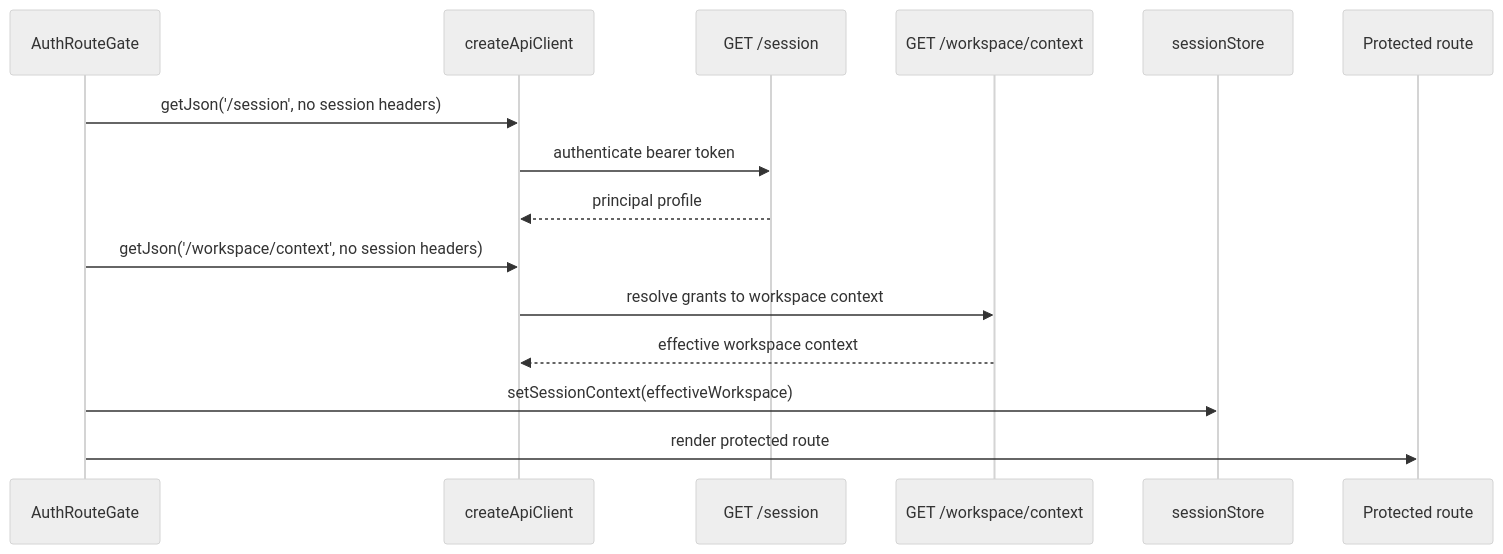
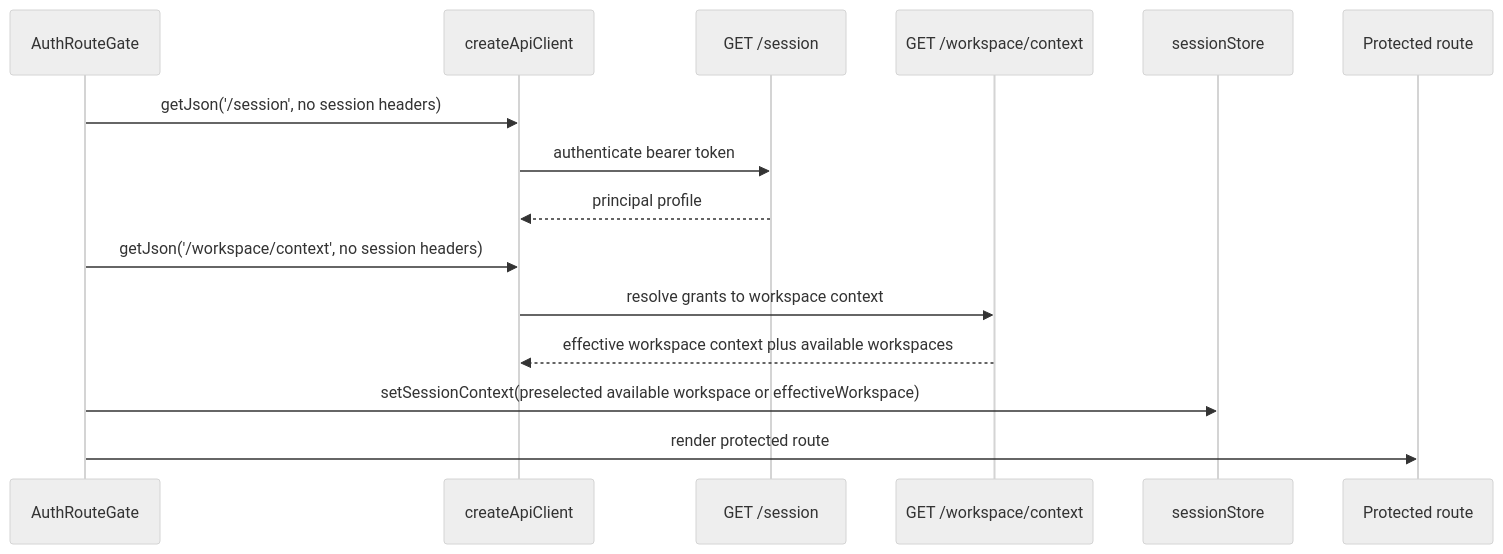
One commit to dunay2/dvt changed the second of 2 diagrams in docs/architecture/components/web/appshell/effective-workspace-context-component.md. Above: the diagram before and after it, drawn with Mermaid (neutral theme). The commit also changed other lines of this file and 7 other files, not shown here.

````diff
--- a/docs/architecture/components/web/appshell/effective-workspace-context-component.md
+++ b/docs/architecture/components/web/appshell/effective-workspace-context-component.md
@@ -67,18 +72,18 @@
 ```mermaid
 sequenceDiagram
   participant Gate as AuthRouteGate
   participant Api as createApiClient
   participant Session as GET /session
   participant Context as GET /workspace/context
   participant Store as sessionStore
   participant Route as Protected route
 
   Gate->>Api: getJson('/session', no session headers)
   Api->>Session: authenticate bearer token
   Session-->>Api: principal profile
   Gate->>Api: getJson('/workspace/context', no session headers)
   Api->>Context: resolve grants to workspace context
-  Context-->>Api: effective workspace context
-  Gate->>Store: setSessionContext(effectiveWorkspace)
+  Context-->>Api: effective workspace context plus available workspaces
+  Gate->>Store: setSessionContext(preselected available workspace or effectiveWorkspace)
   Gate->>Route: render protected route
 ```
````
